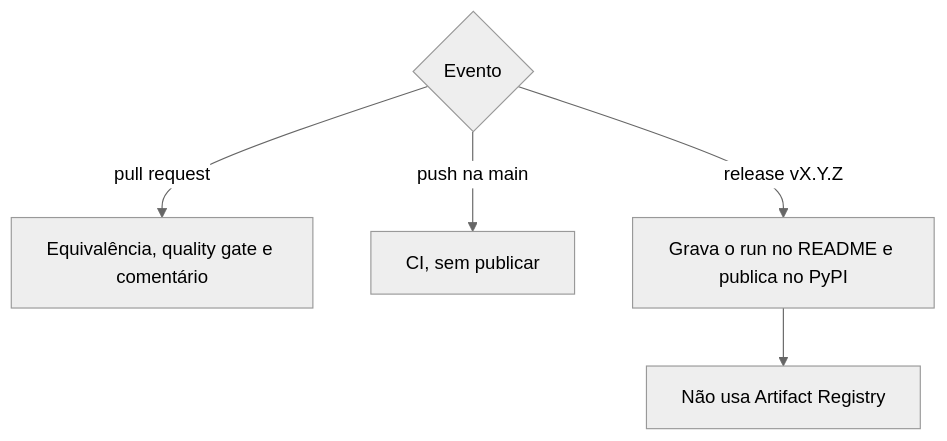
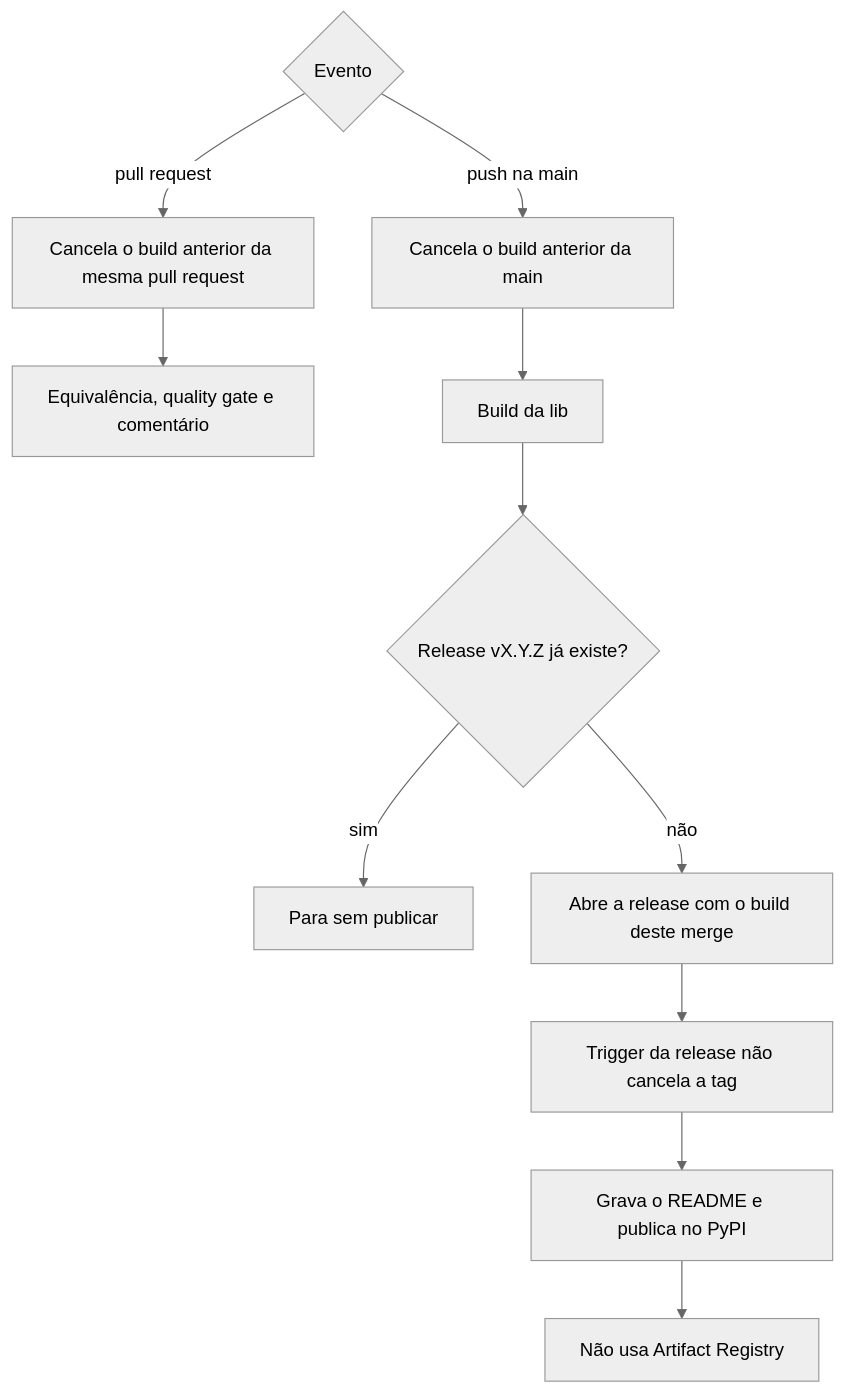
The third of 3 diagrams in docs/publicacao-flow.md (garusocruz/calculadora-rtc-simples-nacional), drawn with Mermaid (neutral theme) before and after one commit. The commit also changed other lines of this file and 11 other files, not shown here.

First line of the commit message:
fix: cancela o build anterior e abre a 0.4.0 (#6)

````diff
--- a/docs/publicacao-flow.md
+++ b/docs/publicacao-flow.md
@@ -56,8 +60,14 @@
 ```mermaid
 flowchart TD
   evento{Evento}
-  evento -->|pull request| semPacote[Equivalência, quality gate e comentário]
-  evento -->|push na main| ci[CI, sem publicar]
-  evento -->|release vX.Y.Z| producao[Grava o run no README e publica no PyPI]
-  producao --> registry[Não usa Artifact Registry]
+  evento -->|pull request| cancelaPr[Cancela o build anterior da mesma pull request]
+  cancelaPr --> ci[Equivalência, quality gate e comentário]
+  evento -->|push na main| cancelaMain[Cancela o build anterior da main]
+  cancelaMain --> build[Build da lib]
+  build --> tem{Release vX.Y.Z já existe?}
+  tem -->|sim| para[Para sem publicar]
+  tem -->|não| abre[Abre a release com o build deste merge]
+  abre --> pub[Trigger da release não cancela a tag]
+  pub --> pypi[Grava o README e publica no PyPI]
+  pypi --> registry[Não usa Artifact Registry]
 ```
````
